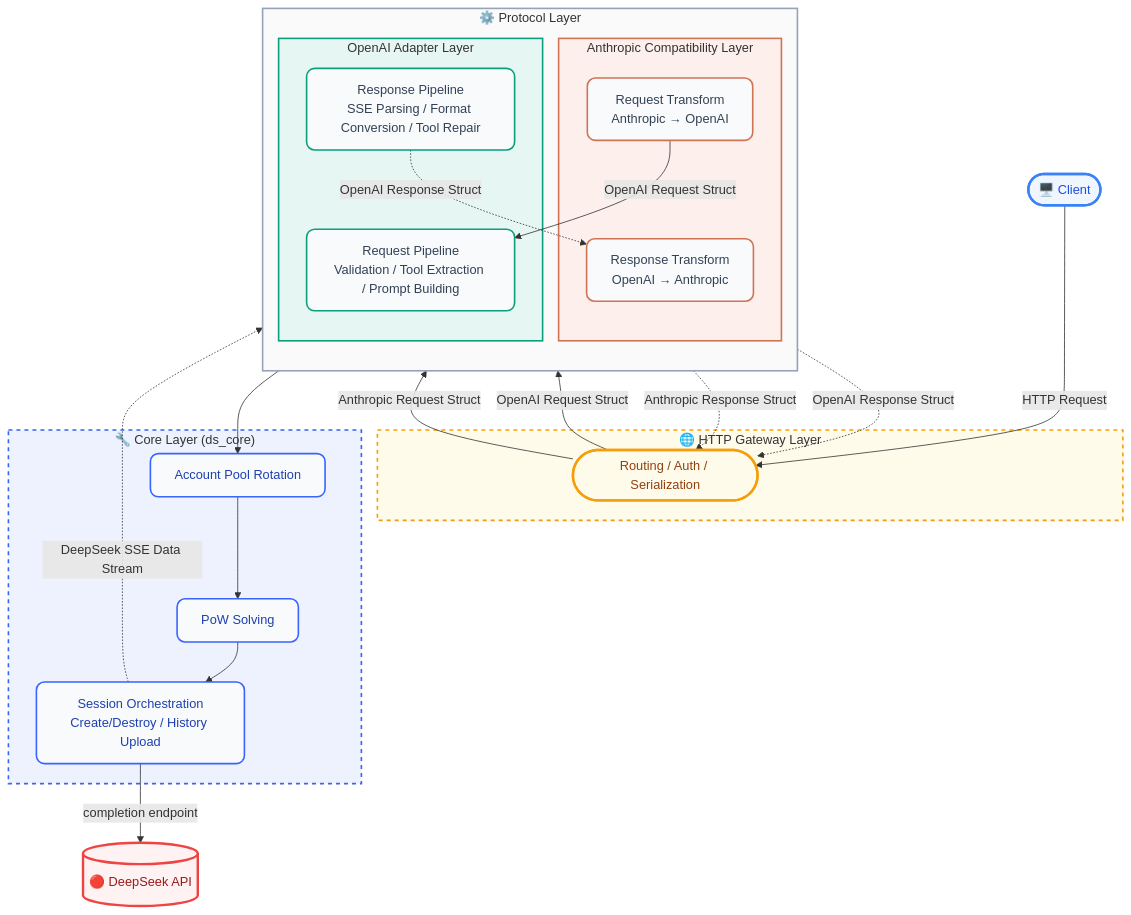
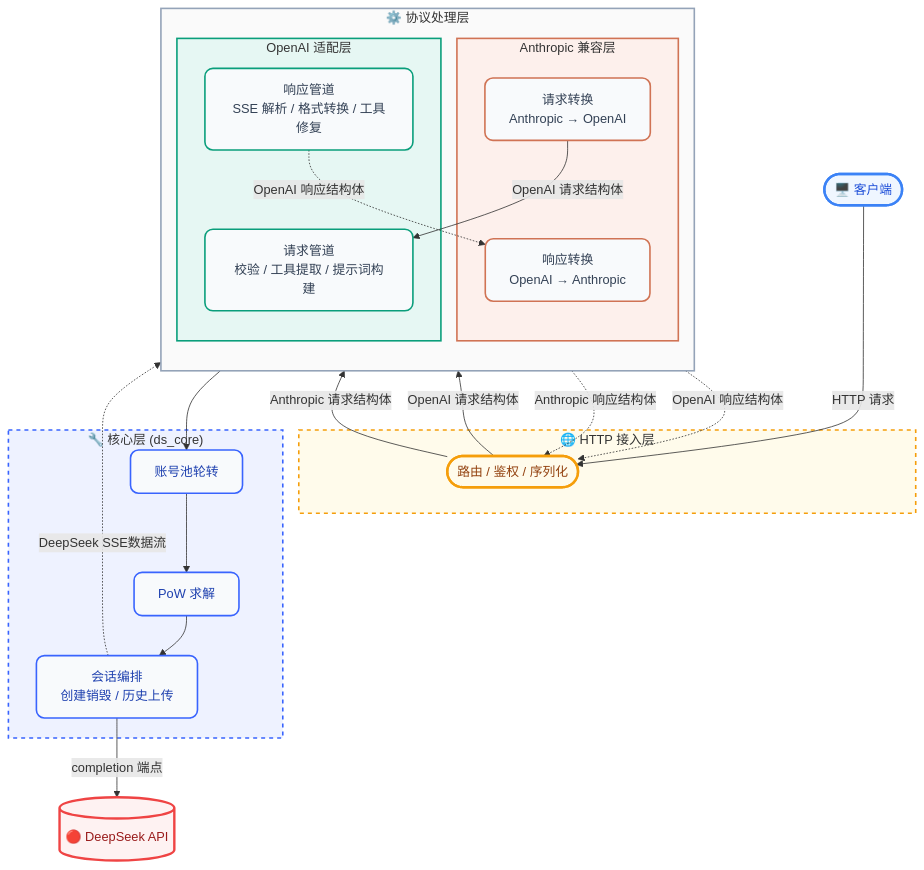
The first of 3 diagrams in README.md (mssiasco/ds-free-api), drawn with Mermaid before and after one commit. The commit also changed other lines of this file and 49 other files, not shown here.

````diff
--- a/README.md
+++ b/README.md
@@ -180,63 +181,63 @@
 ```mermaid
 flowchart TB
-    %% ===== Theme definitions =====
+    %% ===== 主题定义 =====
     classDef client fill:#eff6ff,stroke:#3b82f6,stroke-width:3px,color:#1d4ed8,rx:14,ry:14
     classDef gateway fill:#fffbeb,stroke:#f59e0b,stroke-width:3px,color:#92400e,rx:12,ry:12
     classDef openai_adapter fill:#f8fafc,stroke:#0a9e7b,stroke-width:2px,color:#334155,rx:10,ry:10
     classDef anthropic_compat fill:#f8fafc,stroke:#d07354,stroke-width:2px,color:#334155,rx:10,ry:10
     classDef ds_core fill:#f8fafc,stroke:#3964fe,stroke-width:2px,color:#1e40af,rx:10,ry:10
     classDef external fill:#fef2f2,stroke:#ef4444,stroke-width:3px,color:#991b1b,rx:6,ry:6
 
-    %% ===== Nodes =====
-    Client(["🖥️ Client"]):::client
+    %% ===== 节点 =====
+    Client(["🖥️ 客户端"]):::client
 
-    subgraph GW ["🌐 HTTP Gateway Layer"]
-        Handler(["Routing / Auth / Serialization"]):::gateway
+    subgraph GW ["🌐 HTTP 接入层"]
+        Handler(["路由 / 鉴权 / 序列化"]):::gateway
     end
 
-    subgraph PL ["⚙️ Protocol Layer"]
+    subgraph PL ["⚙️ 协议处理层"]
         direction TB
 
-        subgraph AC ["Anthropic Compatibility Layer"]
-            A2O["Request Transform<br/>Anthropic → OpenAI"]:::anthropic_compat
-            O2A["Response Transform<br/>OpenAI → Anthropic"]:::anthropic_compat
+        subgraph AC ["Anthropic 兼容层"]
+            A2O["请求转换<br/>Anthropic → OpenAI"]:::anthropic_compat
+            O2A["响应转换<br/>OpenAI → Anthropic"]:::anthropic_compat
         end
 
-        subgraph OA ["OpenAI Adapter Layer"]
-            ReqPipe["Request Pipeline<br/>Validation / Tool Extraction / Prompt Building"]:::openai_adapter
-            RespPipe["Response Pipeline<br/>SSE Parsing / Format Conversion / Tool Repair"]:::openai_adapter
+        subgraph OA ["OpenAI 适配层"]
+            ReqPipe["请求管道<br/>校验 / 工具提取 / 提示词构建"]:::openai_adapter
+            RespPipe["响应管道<br/>SSE 解析 / 格式转换 / 工具修复"]:::openai_adapter
         end
     end
 
-    subgraph CL ["🔧 Core Layer (ds_core)"]
-        Pool["Account Pool Rotation"]:::ds_core
-        PoW["PoW Solving"]:::ds_core
-        Session["Session Orchestration<br/>Create/Destroy / History Upload"]:::ds_core
+    subgraph CL ["🔧 核心层 (ds_core)"]
+        Pool["账号池轮转"]:::ds_core
+        PoW["PoW 求解"]:::ds_core
+        Session["会话编排<br/>创建销毁 / 历史上传"]:::ds_core
     end
 
     DeepSeek[("🔴 DeepSeek API")]:::external
 
-    %% ===== Connections =====
-    Client -->|"HTTP Request"| Handler
+    %% ===== 连接 =====
+    Client -->|"HTTP 请求"| Handler
 
-    Handler -->|"OpenAI Request Struct"| ReqPipe
-    Handler -->|"Anthropic Request Struct"| A2O
-    A2O -->|"OpenAI Request Struct"| ReqPipe
+    Handler -->|"OpenAI 请求结构体"| ReqPipe
+    Handler -->|"Anthropic 请求结构体"| A2O
+    A2O -->|"OpenAI 请求结构体"| ReqPipe
 
     ReqPipe --> Pool
     Pool --> PoW
     PoW --> Session
-    Session -->|"completion endpoint"| DeepSeek
+    Session -->|"completion 端点"| DeepSeek
 
-    Session -.->|"DeepSeek SSE Data Stream"| RespPipe
-    RespPipe -.->|"OpenAI Response Struct"| Handler
-    RespPipe -.->|"OpenAI Response Struct"| O2A
-    O2A -.->|"Anthropic Response Struct"| Handler
+    Session -.->|"DeepSeek SSE数据流"| RespPipe
+    RespPipe -.->|"OpenAI 响应结构体"| Handler
+    RespPipe -.->|"OpenAI 响应结构体"| O2A
+    O2A -.->|"Anthropic 响应结构体"| Handler
 
-    %% ===== Subgraph Styles =====
+    %% ===== 子图样式 =====
     style GW fill:#fffbeb,stroke:#f59e0b,stroke-width:2px,stroke-dasharray: 5 5
     style PL fill:#fafafa,stroke:#94a3b8,stroke-width:2px
     style AC fill:#fdf0ec,stroke:#d07354,stroke-width:2px
     style OA fill:#e6f7f3,stroke:#0a9e7b,stroke-width:2px
     style CL fill:#eef2ff,stroke:#3964fe,stroke-width:2px,stroke-dasharray: 5 5
 ```
````
